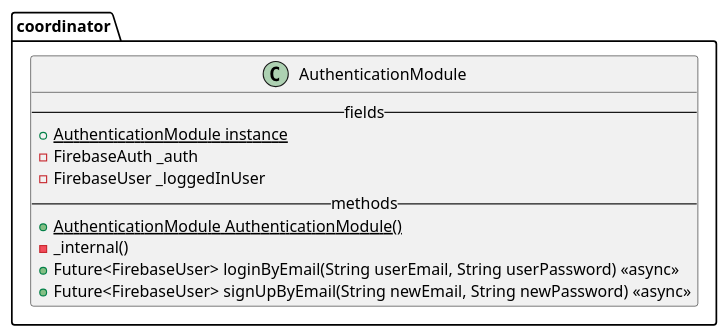
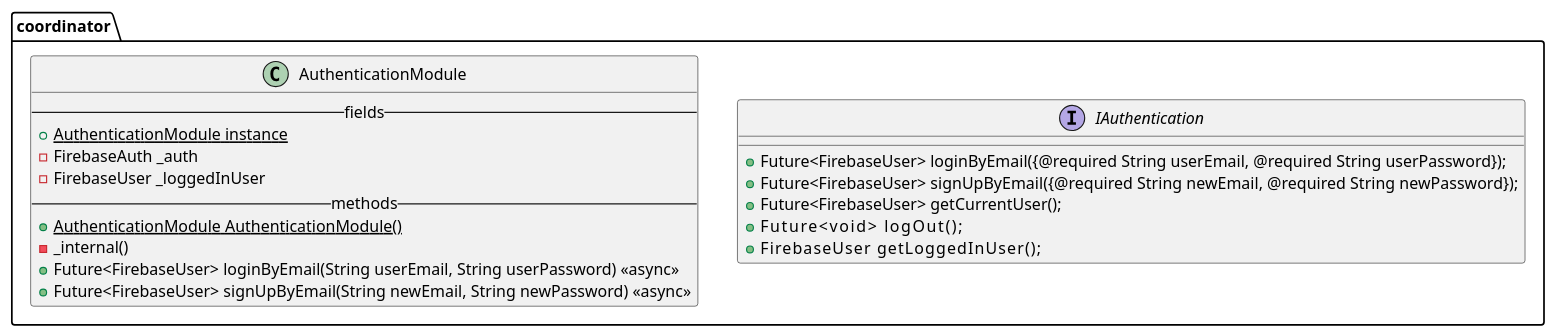
One commit to Partner-SHIP/partnership-app changed the diagram in doc/diagrams/src/AuthenticationModule.md. Above: the diagram before and after it, drawn with PlantUML. The commit also changed 12 other files, not shown here.

Commit message:
PLANT UML UPDATE

````diff
--- a/doc/diagrams/src/AuthenticationModule.md
+++ b/doc/diagrams/src/AuthenticationModule.md
@@ -1,19 +1,27 @@
 ```plantuml
 @startuml AuthenticationModule
 
 package coordinator {
+
+    interface IAuthentication {
+         + Future<FirebaseUser> loginByEmail({@required String userEmail, @required String userPassword});
+         + Future<FirebaseUser> signUpByEmail({@required String newEmail, @required String newPassword});
+         + Future<FirebaseUser> getCurrentUser();
+         + Future<void>         logOut();
+         + FirebaseUser         getLoggedInUser();
+    }
     class   AuthenticationModule {
         --fields--
         + {static} AuthenticationModule instance
         - FirebaseAuth _auth
         - FirebaseUser _loggedInUser
         --methods--
         + {static} AuthenticationModule AuthenticationModule()
         - _internal()
         + Future<FirebaseUser> loginByEmail(String userEmail, String userPassword) <<async>>
         + Future<FirebaseUser> signUpByEmail(String newEmail, String newPassword) <<async>>
     }
 }
 
 @enduml
 ```
````
